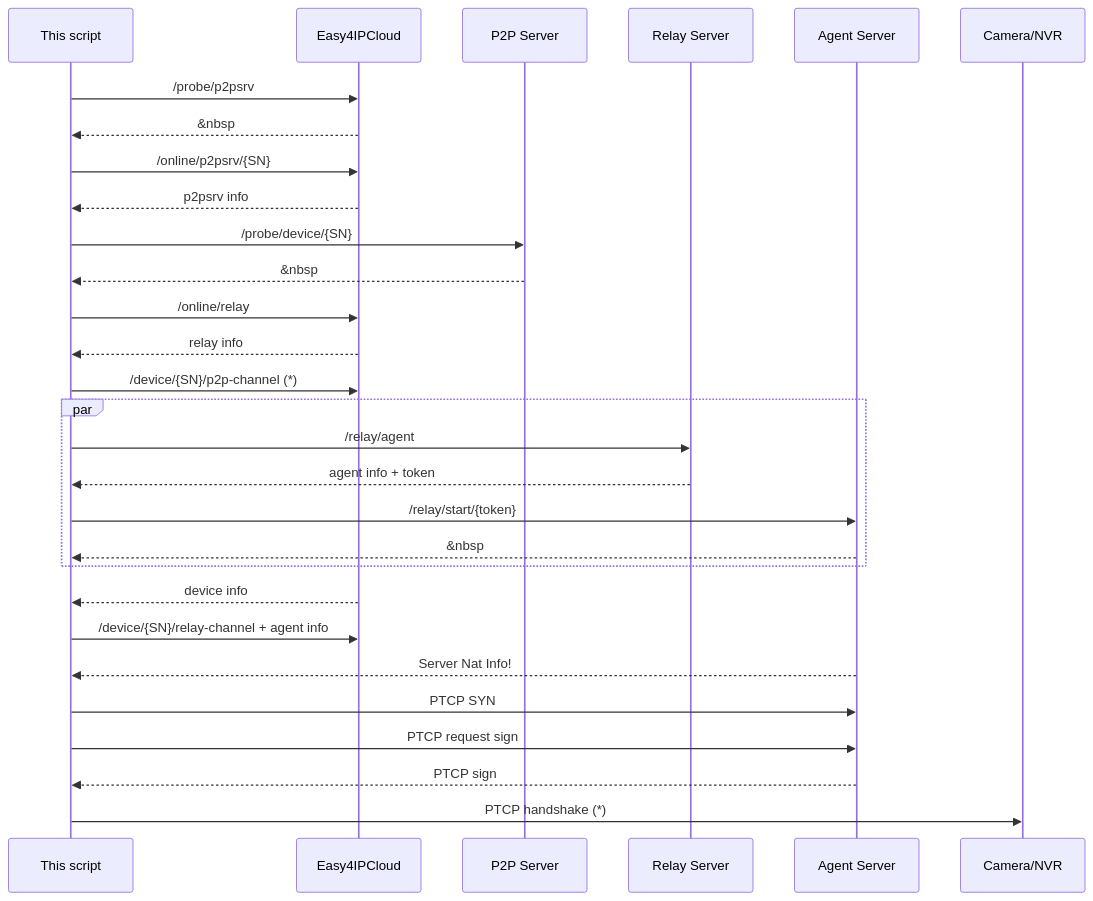
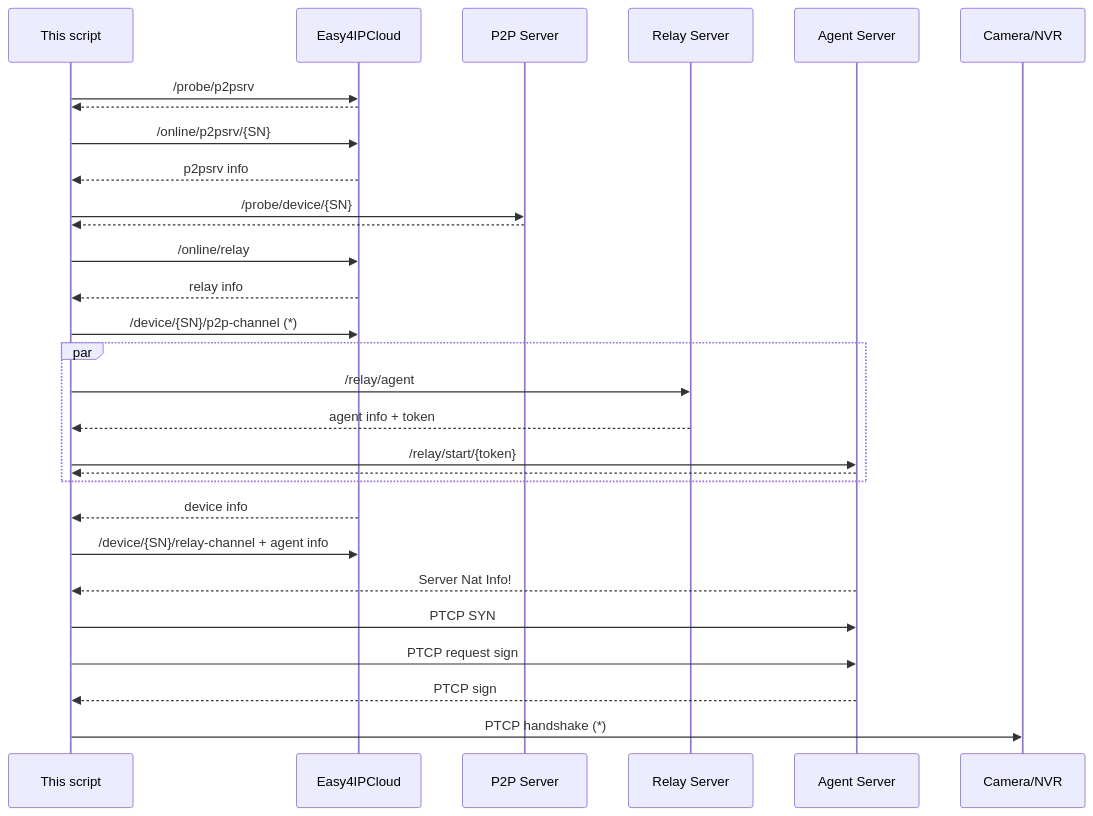
The third of 3 diagrams in README.md (khoanguyen-3fc/dh-p2p), drawn with Mermaid before and after one commit. The commit also changed other lines of this file, not shown here.

````diff
--- a/README.md
+++ b/README.md
@@ -107,40 +113,40 @@
 ```mermaid
 sequenceDiagram
   participant A as This script
   participant B as Easy4IPCloud
   participant C1 as P2P Server
   participant C2 as Relay Server
   participant C3 as Agent Server
   participant D as Camera/NVR
 
   A->>B: /probe/p2psrv
-  B-->>A: &nbsp;
+  B-->>A: ;
   A->>B: /online/p2psrv/{SN}
   B-->>A: p2psrv info
 
   A->>C1: /probe/device/{SN}
-  C1-->>A: &nbsp;
+  C1-->>A: ;
 
   A->>B: /online/relay
   B-->>A: relay info
 
   A->>B: /device/{SN}/p2p-channel (*)
 
   par
     A->>C2: /relay/agent
     C2-->>A: agent info + token
     A->>C3: /relay/start/{token}
-    C3-->>A: &nbsp;
+    C3-->>A: ;
   end
 
   B-->>A: device info
 
   A->>B: /device/{SN}/relay-channel + agent info
 
   C3-->>A: Server Nat Info!
   A->>C3: PTCP SYN
   A->>C3: PTCP request sign
   C3-->>A: PTCP sign
 
   A->>D: PTCP handshake (*)
 ```
````
